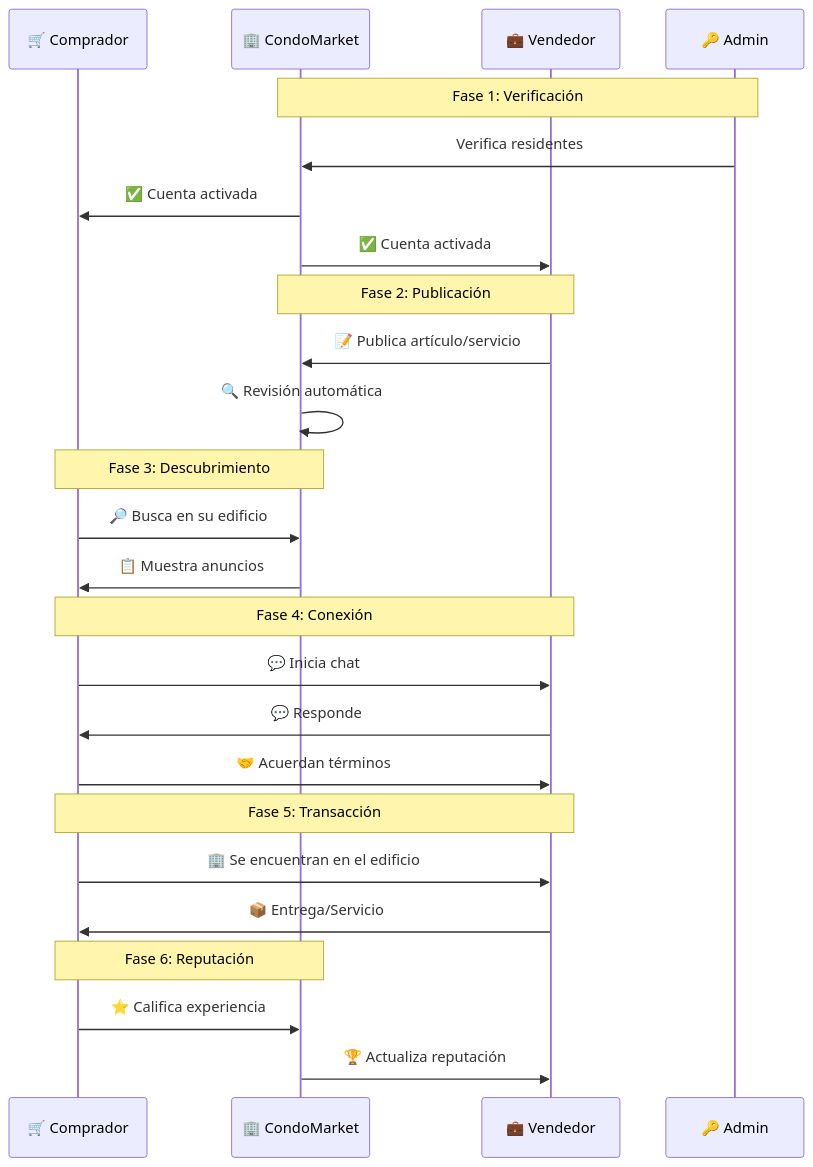
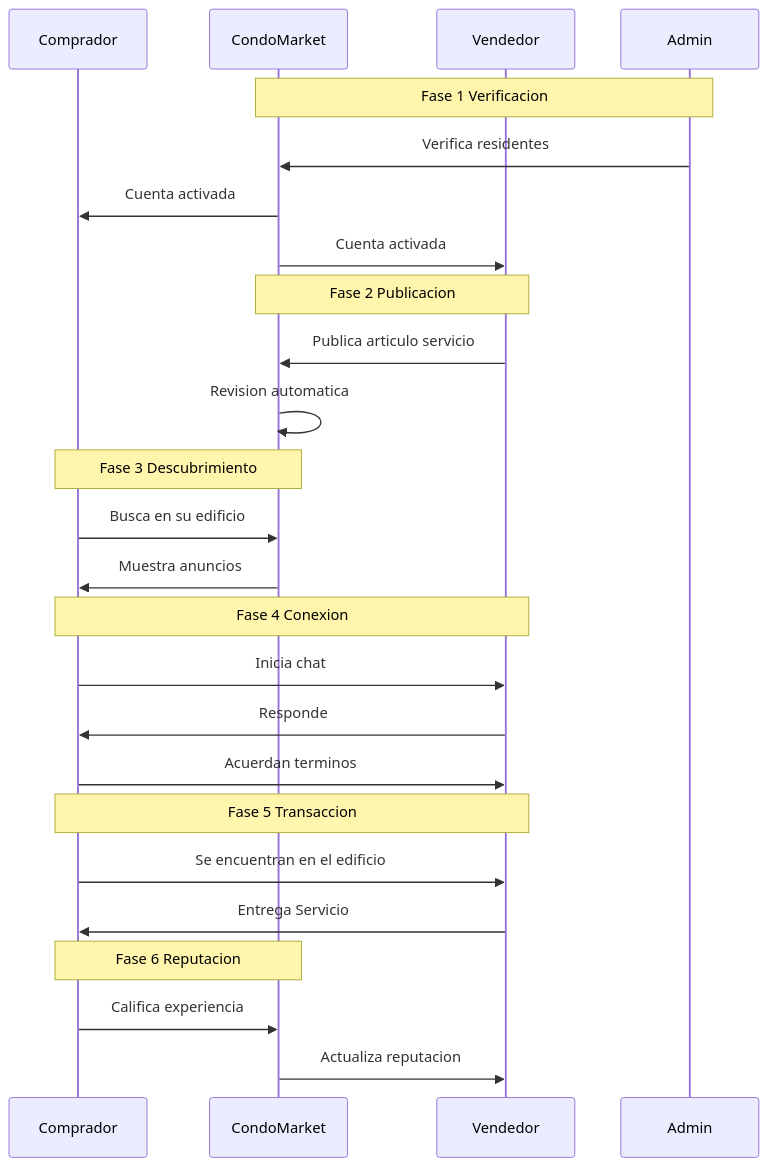
The fourth of 25 diagrams in app.spanish.md (softv2ware/condomarket.api), drawn with Mermaid before and after one commit. The commit also changed other lines of this file, not shown here.

````diff
--- a/app.spanish.md
+++ b/app.spanish.md
@@ -137,33 +141,33 @@
 ```mermaid
 sequenceDiagram
-    participant C as 🛒 Comprador
-    participant CM as 🏢 CondoMarket
-    participant V as 💼 Vendedor
-    participant A as 🔑 Admin
+    participant C as Comprador
+    participant CM as CondoMarket
+    participant V as Vendedor
+    participant A as Admin
     
-    Note over A,CM: Fase 1: Verificación
+    Note over A,CM: Fase 1 Verificacion
     A->>CM: Verifica residentes
-    CM->>C: ✅ Cuenta activada
-    CM->>V: ✅ Cuenta activada
+    CM->>C: Cuenta activada
+    CM->>V: Cuenta activada
     
-    Note over V,CM: Fase 2: Publicación
-    V->>CM: 📝 Publica artículo/servicio
-    CM->>CM: 🔍 Revisión automática
+    Note over V,CM: Fase 2 Publicacion
+    V->>CM: Publica articulo servicio
+    CM->>CM: Revision automatica
     
-    Note over C,CM: Fase 3: Descubrimiento
-    C->>CM: 🔎 Busca en su edificio
-    CM->>C: 📋 Muestra anuncios
+    Note over C,CM: Fase 3 Descubrimiento
+    C->>CM: Busca en su edificio
+    CM->>C: Muestra anuncios
     
-    Note over C,V: Fase 4: Conexión
-    C->>V: 💬 Inicia chat
-    V->>C: 💬 Responde
-    C->>V: 🤝 Acuerdan términos
+    Note over C,V: Fase 4 Conexion
+    C->>V: Inicia chat
+    V->>C: Responde
+    C->>V: Acuerdan terminos
     
-    Note over C,V: Fase 5: Transacción
-    C->>V: 🏢 Se encuentran en el edificio
-    V->>C: 📦 Entrega/Servicio
+    Note over C,V: Fase 5 Transaccion
+    C->>V: Se encuentran en el edificio
+    V->>C: Entrega Servicio
     
-    Note over C,CM: Fase 6: Reputación
-    C->>CM: ⭐ Califica experiencia
-    CM->>V: 🏆 Actualiza reputación
+    Note over C,CM: Fase 6 Reputacion
+    C->>CM: Califica experiencia
+    CM->>V: Actualiza reputacion
 ```
````
